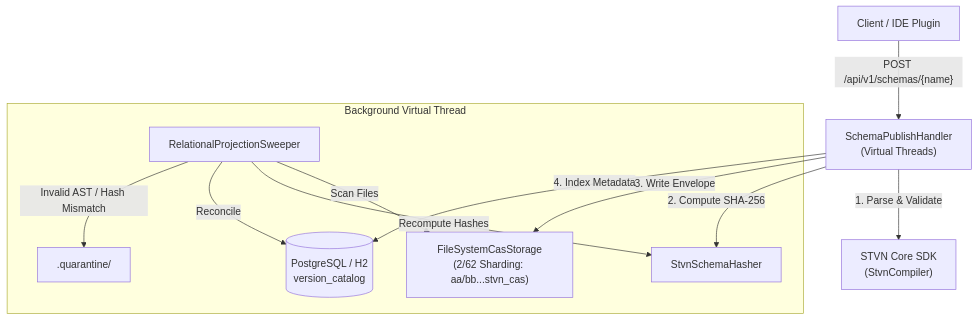
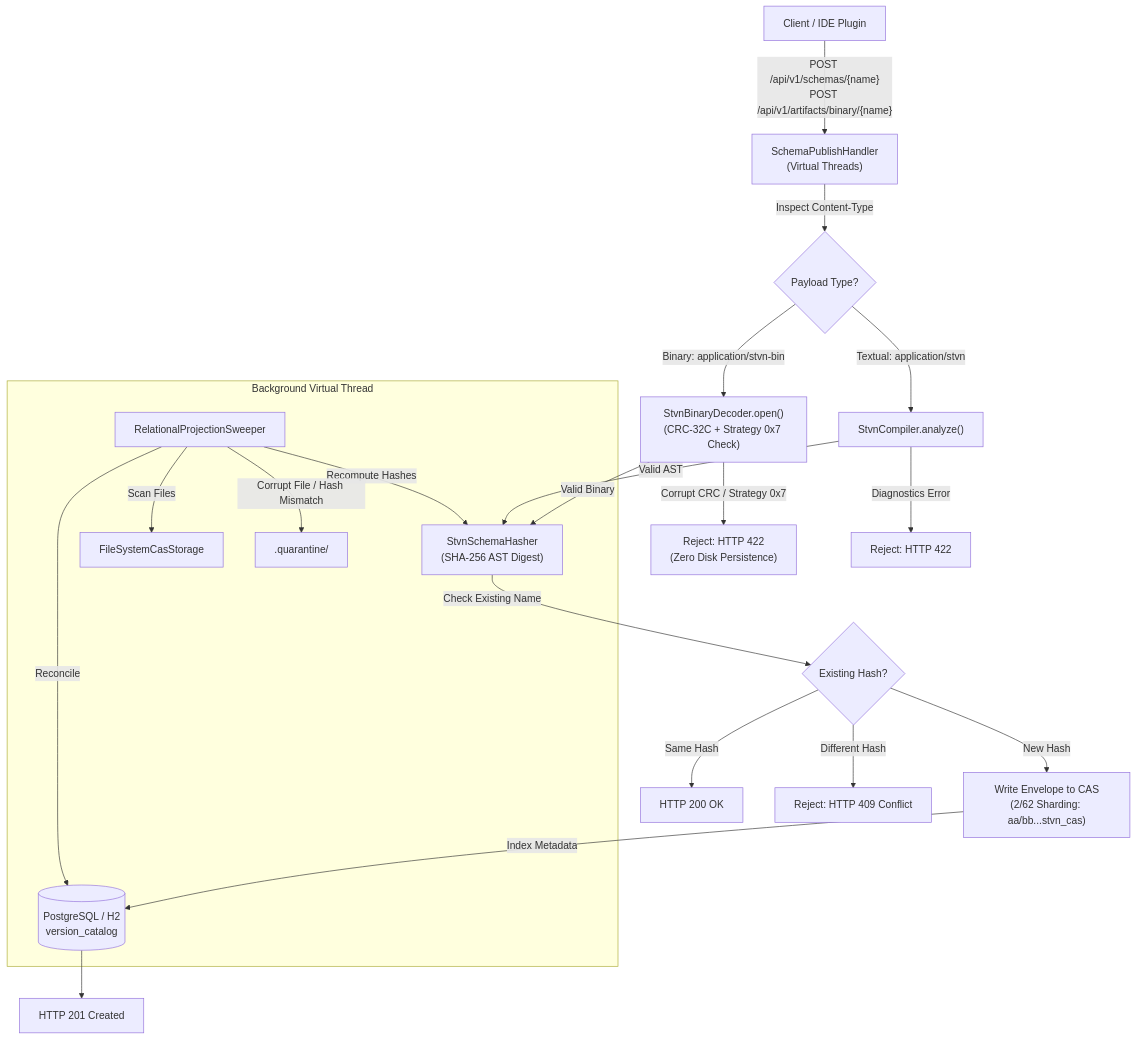
Before and after one commit to chaotic3quilibrium/stvnadore-repository: the diagram in README.md, drawn with Mermaid. The commit also changed other lines of this file and 10 other files, not shown here.

````diff
--- a/README.md
+++ b/README.md
@@ -60,15 +65,24 @@
 ```mermaid
 flowchart TD
-    Client["Client / IDE Plugin"] -->|"POST /api/v1/schemas/{name}"| Handler["SchemaPublishHandler\n(Virtual Threads)"]
-    Handler -->|1. Parse & Validate| Core["STVN Core SDK\n(StvnCompiler)"]
-    Handler -->|2. Compute SHA-256| Hasher["StvnSchemaHasher"]
-    Handler -->|3. Write Envelope| CAS["FileSystemCasStorage\n(2/62 Sharding: aa/bb...stvn_cas)"]
-    Handler -->|4. Index Metadata| DB[(PostgreSQL / H2\nversion_catalog)]
+    Client["Client / IDE Plugin"] -->|"POST /api/v1/schemas/{name}\nPOST /api/v1/artifacts/binary/{name}"| Handler["SchemaPublishHandler\n(Virtual Threads)"]
+    Handler -->|Inspect Content-Type| Router{Payload Type?}
+    Router -->|Textual: application/stvn| Compiler["StvnCompiler.analyze()"]
+    Router -->|Binary: application/stvn-bin| Decoder["StvnBinaryDecoder.open()\n(CRC-32C + Strategy 0x7 Check)"]
+    Decoder -->|Corrupt CRC / Strategy 0x7| Reject["Reject: HTTP 422\n(Zero Disk Persistence)"]
+    Decoder -->|Valid Binary| Hasher["StvnSchemaHasher\n(SHA-256 AST Digest)"]
+    Compiler -->|Diagnostics Error| RejectDiag["Reject: HTTP 422"]
+    Compiler -->|Valid AST| Hasher
+    Hasher -->|Check Existing Name| Check{Existing Hash?}
+    Check -->|Same Hash| Idempotent["HTTP 200 OK"]
+    Check -->|Different Hash| Conflict["Reject: HTTP 409 Conflict"]
+    Check -->|New Hash| Persist["Write Envelope to CAS\n(2/62 Sharding: aa/bb...stvn_cas)"]
+    Persist -->|Index Metadata| DB[(PostgreSQL / H2\nversion_catalog)]
+    DB --> Complete["HTTP 201 Created"]
     
     subgraph Background ["Background Virtual Thread"]
-        Sweeper["RelationalProjectionSweeper"] -->|Scan Files| CAS
+        Sweeper["RelationalProjectionSweeper"] -->|Scan Files| CAS["FileSystemCasStorage"]
         Sweeper -->|Recompute Hashes| Hasher
         Sweeper -->|Reconcile| DB
-        Sweeper -->|Invalid AST / Hash Mismatch| Quarantine[".quarantine/"]
+        Sweeper -->|Corrupt File / Hash Mismatch| Quarantine[".quarantine/"]
     end
 ```
````
